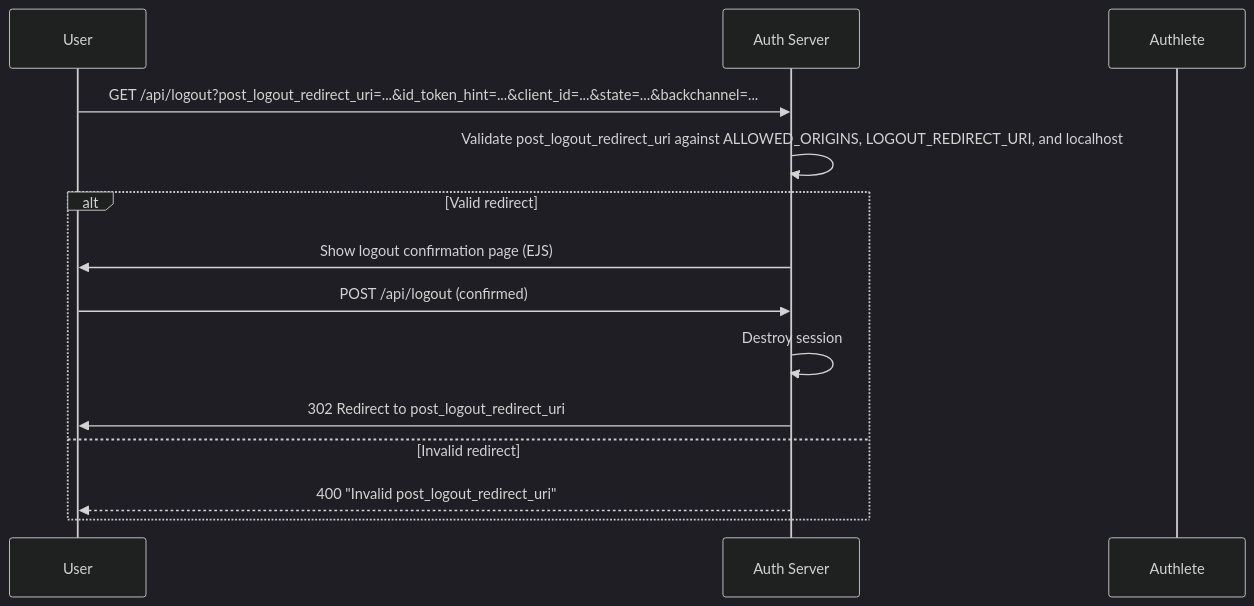
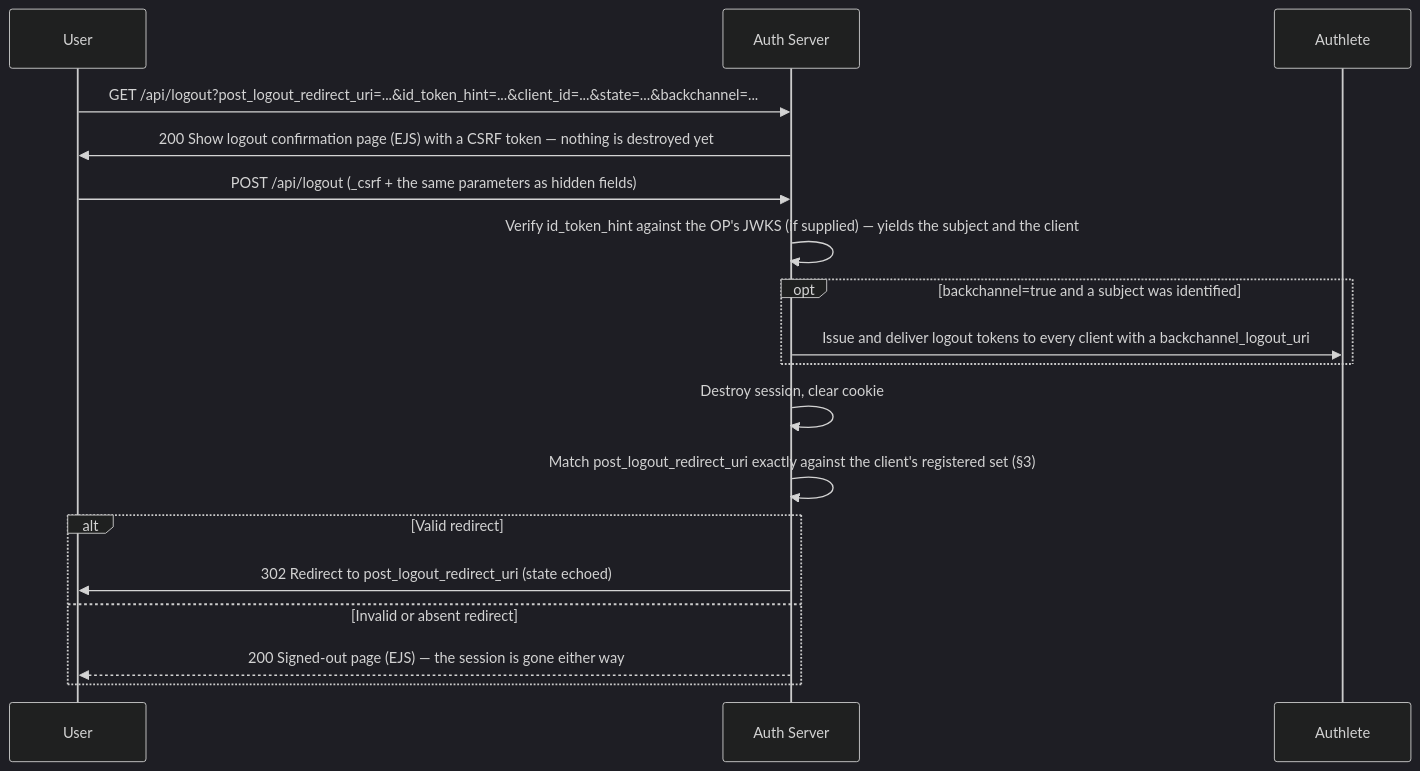
One commit to blackadi/OAUTH2.0 changed the fourth of 13 diagrams in docs/DATA-FLOWS.md. Above: the diagram before and after it, drawn with Mermaid. The commit also changed other lines of this file and 64 other files, not shown here.

````diff
--- a/docs/DATA-FLOWS.md
+++ b/docs/DATA-FLOWS.md
@@ -152,19 +152,25 @@
 ```mermaid
 %%{init: {'theme': 'dark', 'themeVariables': { 'primaryColor': '#1e293b', 'primaryTextColor': '#e2e8f0', 'primaryBorderColor': '#475569', 'lineColor': '#6366f1', 'secondaryColor': '#0f172a', 'tertiaryColor': '#334155', 'fontFamily': 'Inter'}}}%%
 sequenceDiagram
     participant U as User
     participant AS as Auth Server
     participant AL as Authlete
     
     U->>AS: GET /api/logout?post_logout_redirect_uri=...&id_token_hint=...&client_id=...&state=...&backchannel=...
-    AS->>AS: Validate post_logout_redirect_uri against ALLOWED_ORIGINS, LOGOUT_REDIRECT_URI, and localhost
+    AS->>U: 200 Show logout confirmation page (EJS) with a CSRF token — nothing is destroyed yet
+    U->>AS: POST /api/logout (_csrf + the same parameters as hidden fields)
+    AS->>AS: Verify id_token_hint against the OP's JWKS (if supplied) — yields the subject and the client
+    
+    opt backchannel=true and a subject was identified
+        AS->>AL: Issue and deliver logout tokens to every client with a backchannel_logout_uri
+    end
+    
+    AS->>AS: Destroy session, clear cookie
+    AS->>AS: Match post_logout_redirect_uri exactly against the client's registered set (§3)
     
     alt Valid redirect
-        AS->>U: Show logout confirmation page (EJS)
-        U->>AS: POST /api/logout (confirmed)
-        AS->>AS: Destroy session
-        AS->>U: 302 Redirect to post_logout_redirect_uri
-    else Invalid redirect
-        AS-->>U: 400 "Invalid post_logout_redirect_uri"
+        AS->>U: 302 Redirect to post_logout_redirect_uri (state echoed)
+    else Invalid or absent redirect
+        AS-->>U: 200 Signed-out page (EJS) — the session is gone either way
     end
 ```
````
